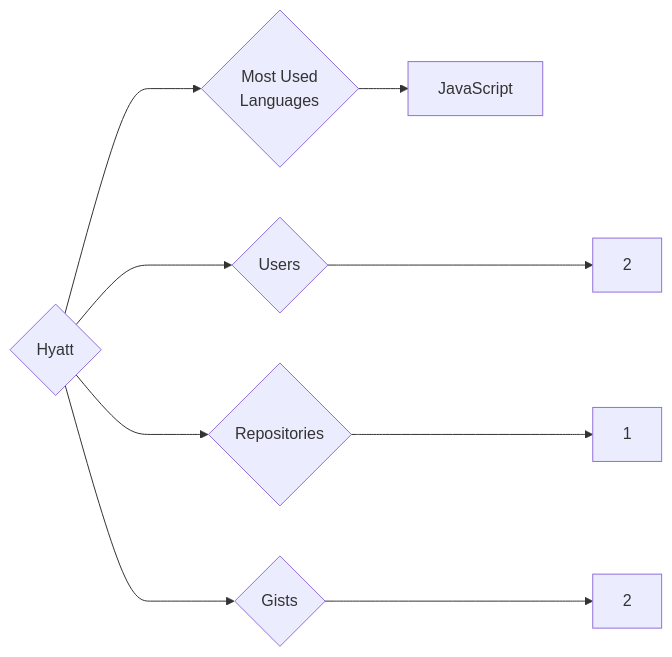
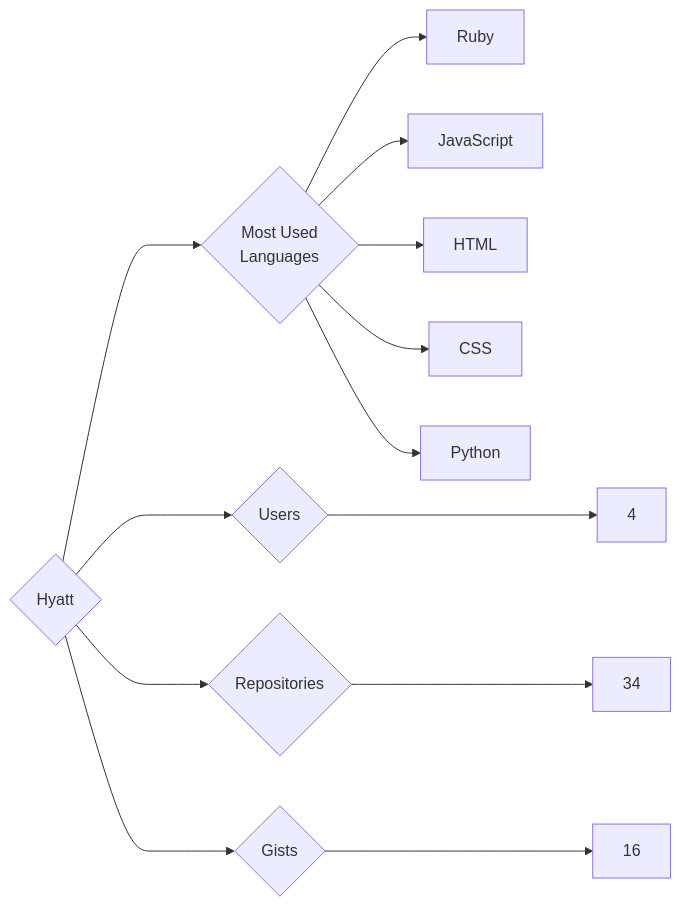
The diagram in targets/Hyatt/README.md (trickest/insiders), drawn with Mermaid before and after one commit. The commit also changed 993 other files, not shown here.

````diff
--- a/targets/Hyatt/README.md
+++ b/targets/Hyatt/README.md
@@ -3,9 +3,13 @@
 ```mermaid
 graph LR
 COMPANY_NAME{Hyatt}
-COMPANY_NAME ---> U{Users} ---> UN[2]
-COMPANY_NAME ---> R{Repositories} ---> RN[1]
-COMPANY_NAME ---> G{Gists} ---> GN[2]
+COMPANY_NAME ---> U{Users} ---> UN[4]
+COMPANY_NAME ---> R{Repositories} ---> RN[34]
+COMPANY_NAME ---> G{Gists} ---> GN[16]
 COMPANY_NAME ---> ML{Most Used<br>Languages}
+ML --> Ruby[Ruby]
 ML --> JavaScript[JavaScript]
+ML --> HTML[HTML]
+ML --> CSS[CSS]
+ML --> Python[Python]
 ```
````
